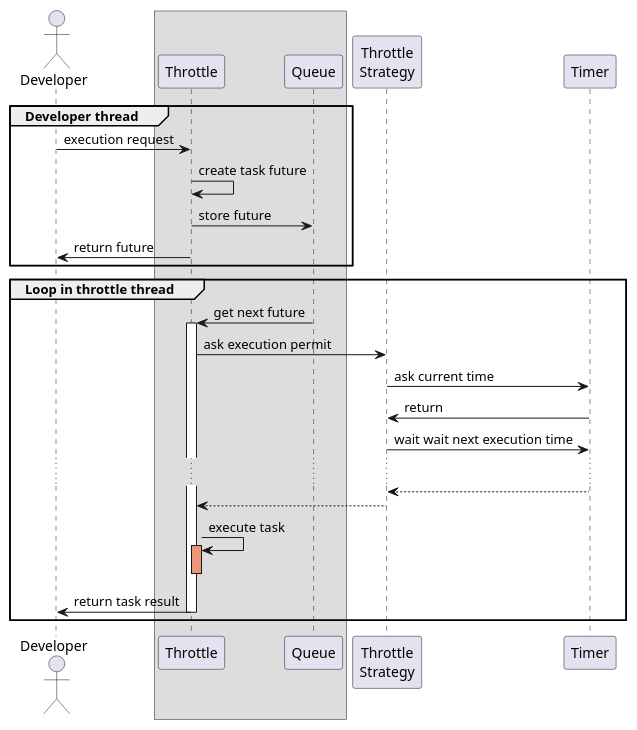
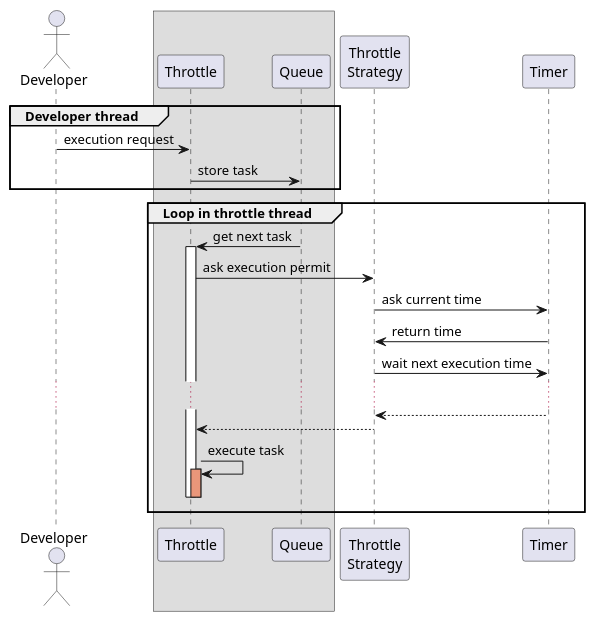
One commit to akryvtsun/throttle changed the diagram in sequence.puml. Above: the diagram before and after it, drawn with PlantUML. The commit also changed 1 other file, not shown here.

Commit message:
remove future from diagram

```diff
--- a/sequence.puml
+++ b/sequence.puml
@@ -1,36 +1,33 @@
 @startuml
 
 actor Developer as D
 box
 participant Throttle as Tr
 participant Queue as Q
 end box
 participant "Throttle\nStrategy" as TrS
 participant Timer as T
 
 group Developer thread
 D -> Tr: execution request
-Tr -> Tr: create task future
-Tr -> Q: store future
-D <- Tr: return future
+Tr -> Q: store task
 end
 
 group Loop in throttle thread
-Tr <- Q: get next future
+Tr <- Q: get next task
 activate Tr
 Tr -> TrS: ask execution permit
 TrS -> T: ask current time
-TrS <- T: return
-TrS -> T: wait wait next execution time
+TrS <- T: return time
+TrS -> T: wait next execution time
 ...
 TrS <-- T
 Tr <-- TrS
 Tr -> Tr: execute task
 activate Tr #DarkSalmon
 deactivate Tr
 
-D <- Tr: return task result
 deactivate Tr
 end
 
 @enduml
```
